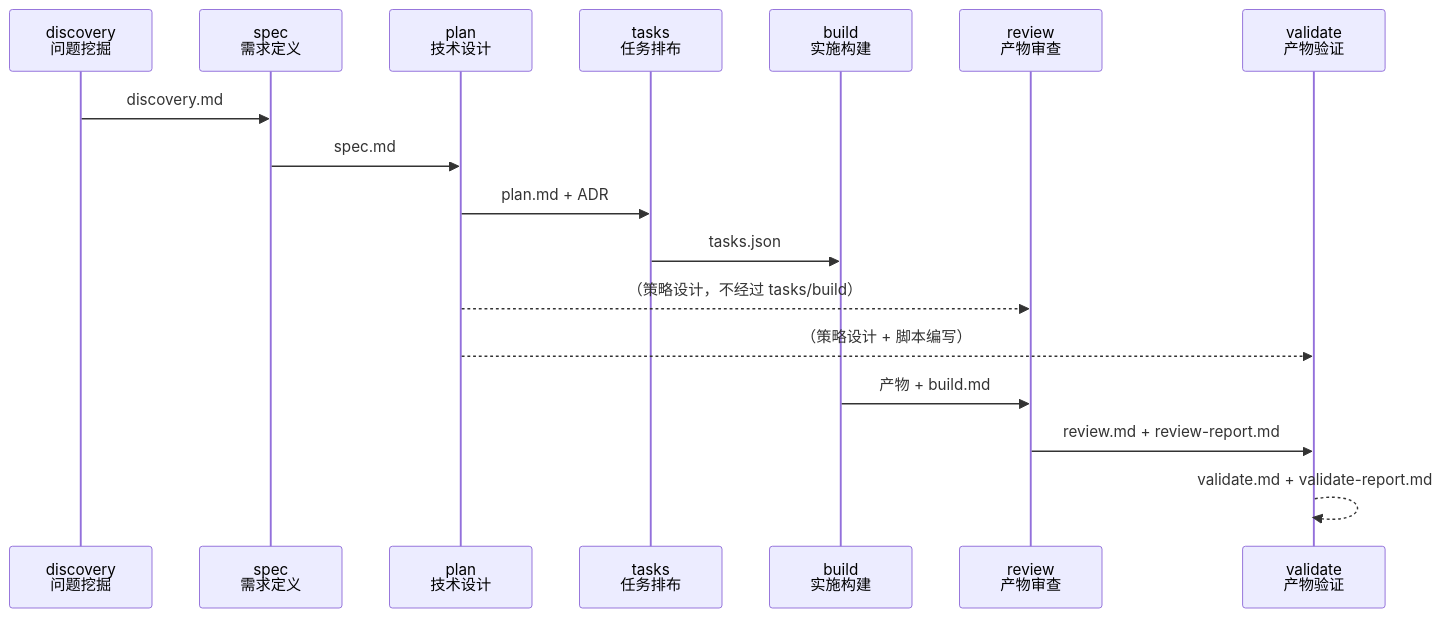
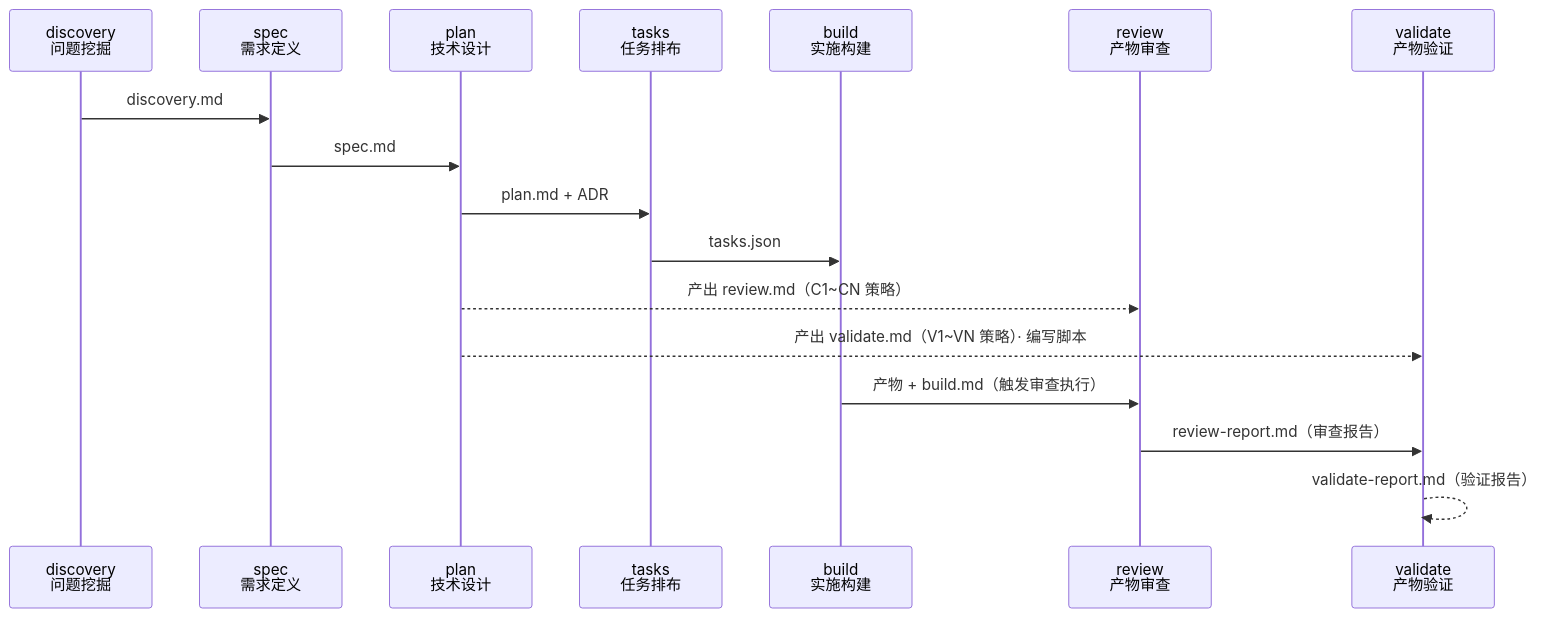
One commit to THZSummer/sddu changed the diagram in .sddu/specs-tree-root/specs-tree-agent-scope-realignment/plan.md. Above: the diagram before and after it, drawn with Mermaid.

Commit message:
fix(plan): correct §2.7 sequence labels — strategy docs (review.md/validate.md) output at plan→review/validate, reports after build

````diff
--- a/.sddu/specs-tree-root/specs-tree-agent-scope-realignment/plan.md
+++ b/.sddu/specs-tree-root/specs-tree-agent-scope-realignment/plan.md
@@ -113,23 +113,23 @@
 ```mermaid
 sequenceDiagram
     participant D as discovery<br/>问题挖掘
     participant S as spec<br/>需求定义
     participant P as plan<br/>技术设计
     participant TK as tasks<br/>任务排布
     participant B as build<br/>实施构建
     participant R as review<br/>产物审查
     participant V as validate<br/>产物验证
 
     D->>S: discovery.md
     S->>P: spec.md
     P->>TK: plan.md + ADR
     TK->>B: tasks.json
     
-    P-->>R: （策略设计，不经过 tasks/build）
-    P-->>V: （策略设计 + 脚本编写）
+    P-->>R: 产出 review.md（C1~CN 策略）
+    P-->>V: 产出 validate.md（V1~VN 策略）· 编写脚本
     
-    B->>R: 产物 + build.md
+    B->>R: 产物 + build.md（触发审查执行）
     
-    R->>V: review.md + review-report.md
-    V-->>V: validate.md + validate-report.md
+    R->>V: review-report.md（审查报告）
+    V-->>V: validate-report.md（验证报告）
 ```
````
